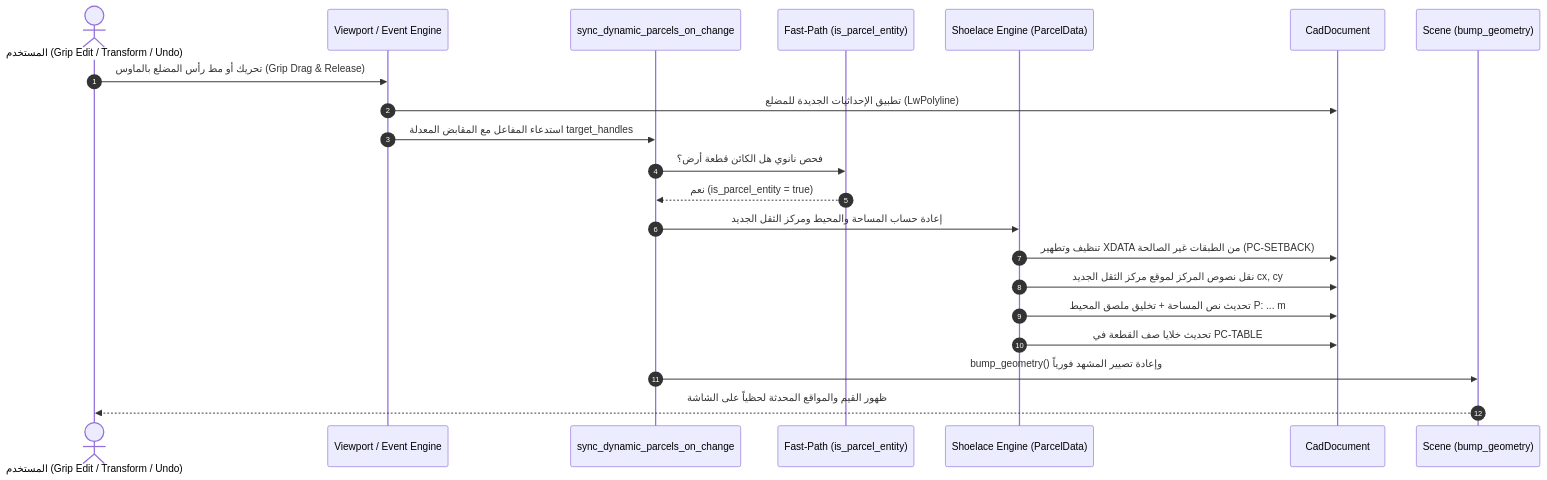
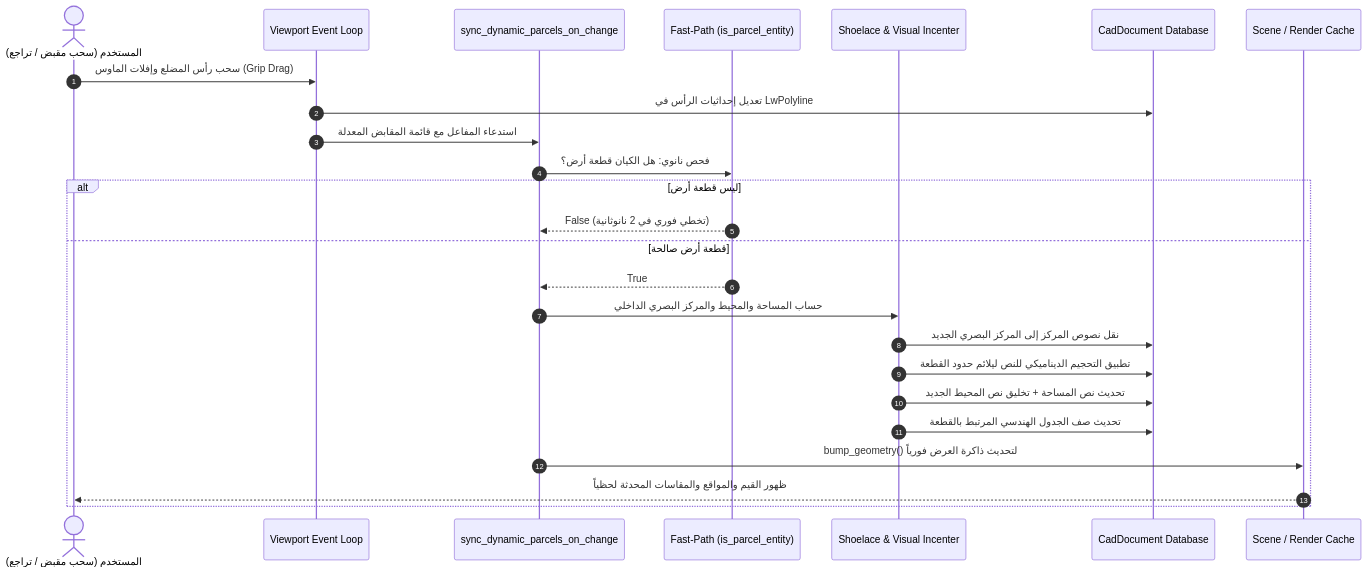
One commit to saadmooh/OpenCADStudio changed the second of 2 diagrams in Civil3D_Core_Modifications/CIVIL3D_CORE_MODIFICATIONS_UNIFIED.md. Above: the diagram before and after it, drawn with Mermaid. The commit also changed other lines of this file and 1 other file, not shown here.

````diff
--- a/Civil3D_Core_Modifications/CIVIL3D_CORE_MODIFICATIONS_UNIFIED.md
+++ b/Civil3D_Core_Modifications/CIVIL3D_CORE_MODIFICATIONS_UNIFIED.md
@@ -149,24 +189,28 @@
 ```mermaid
 sequenceDiagram
     autonumber
-    actor User as المستخدم (Grip Edit / Transform / Undo)
-    participant Viewport as Viewport / Event Engine
+    actor User as المستخدم (سحب مقبض / تراجع)
+    participant Viewport as Viewport Event Loop
     participant Reactor as sync_dynamic_parcels_on_change
     participant Filter as Fast-Path (is_parcel_entity)
-    participant Geometry as Shoelace Engine (ParcelData)
-    participant CadDoc as CadDocument
-    participant Render as Scene (bump_geometry)
+    participant Geometry as Shoelace & Visual Incenter
+    participant Doc as CadDocument Database
+    participant Scene as Scene / Render Cache
 
-    User->>Viewport: تحريك أو مط رأس المضلع بالماوس (Grip Drag & Release)
-    Viewport->>CadDoc: تطبيق الإحداثيات الجديدة للمضلع (LwPolyline)
-    Viewport->>Reactor: استدعاء المفاعل مع المقابض المعدلة target_handles
-    Reactor->>Filter: فحص نانوي هل الكائن قطعة أرض؟
-    Filter-->>Reactor: نعم (is_parcel_entity = true)
-    Reactor->>Geometry: إعادة حساب المساحة والمحيط ومركز الثقل الجديد
-    Geometry->>CadDoc: تنظيف وتطهير XDATA من الطبقات غير الصالحة (PC-SETBACK)
-    Geometry->>CadDoc: نقل نصوص المركز لموقع مركز الثقل الجديد cx, cy
-    Geometry->>CadDoc: تحديث نص المساحة + تخليق ملصق المحيط P: ... m
-    Geometry->>CadDoc: تحديث خلايا صف القطعة في PC-TABLE
-    Reactor->>Render: bump_geometry() وإعادة تصيير المشهد فورياً
-    Render-->>User: ظهور القيم والمواقع المحدثة لحظياً على الشاشة
+    User->>Viewport: سحب رأس المضلع وإفلات الماوس (Grip Drag)
+    Viewport->>Doc: تعديل إحداثيات الرأس في LwPolyline
+    Viewport->>Reactor: استدعاء المفاعل مع قائمة المقابض المعدلة
+    Reactor->>Filter: فحص نانوي: هل الكيان قطعة أرض؟
+    alt ليس قطعة أرض
+        Filter-->>Reactor: False (تخطي فوري في 2 نانوثانية)
+    else قطعة أرض صالحة
+        Filter-->>Reactor: True
+        Reactor->>Geometry: حساب المساحة والمحيط والمركز البصري الداخلي
+        Geometry->>Doc: نقل نصوص المركز إلى المركز البصري الجديد
+        Geometry->>Doc: تطبيق التحجيم الديناميكي للنص ليلائم حدود القطعة
+        Geometry->>Doc: تحديث نص المساحة + تخليق نص المحيط الجديد
+        Geometry->>Doc: تحديث صف الجدول الهندسي المرتبط بالقطعة
+        Reactor->>Scene: bump_geometry() لتحديث ذاكرة العرض فورياً
+        Scene-->>User: ظهور القيم والمواقع والمقاسات المحدثة لحظياً
+    end
 ```
````
